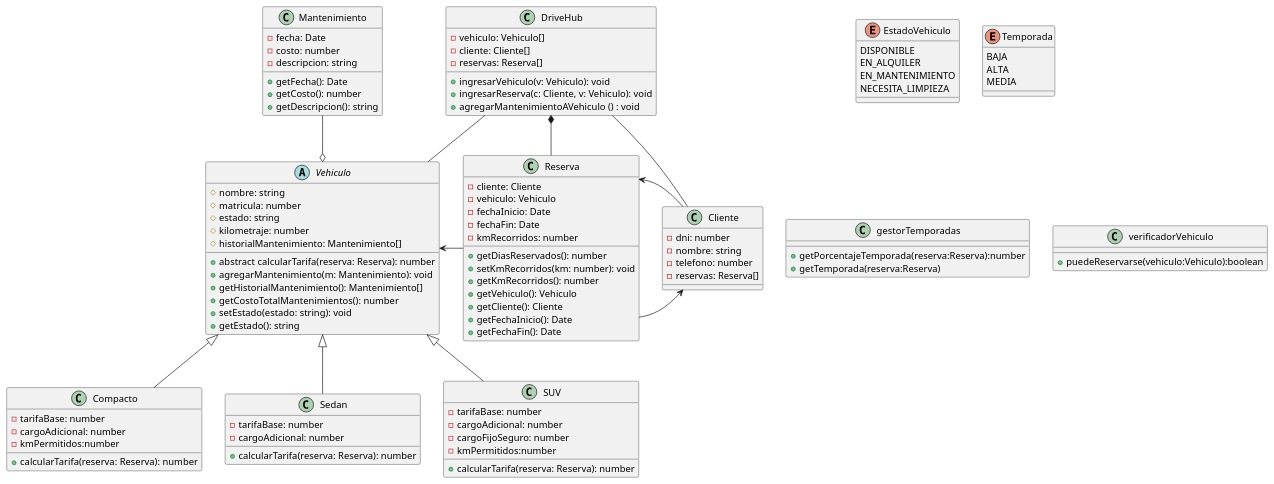
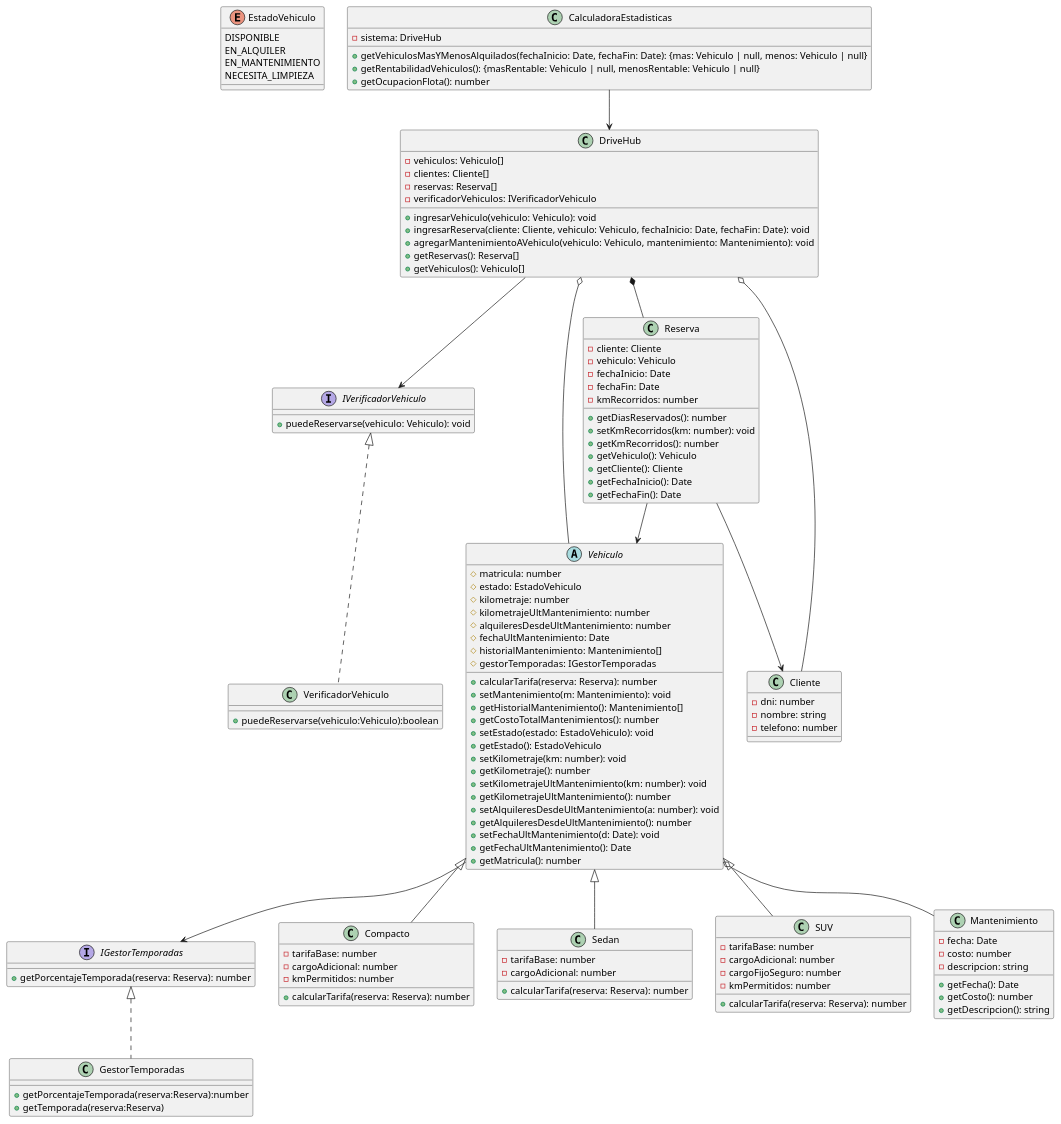
The diagram in diagramas/diagrama.puml (diegolacosta02/TP-Programacion-II), drawn with PlantUML before and after one commit. The commit also changed 1 other file, not shown here.

Commit message:
actualizo diagrama y calculadoraEstadisticas

```diff
--- a/diagramas/diagrama.puml
+++ b/diagramas/diagrama.puml
@@ -1,119 +1,143 @@
 @startuml Trabajo Practico Alquiler de Autos
 
 enum EstadoVehiculo {
     DISPONIBLE
     EN_ALQUILER
     EN_MANTENIMIENTO
     NECESITA_LIMPIEZA
 }
-enum Temporada {
-   BAJA
-   ALTA 
-   MEDIA 
+
+interface IGestorTemporadas {
+    + getPorcentajeTemporada(reserva: Reserva): number
 }
-class gestorTemporadas {
+
+interface IVerificadorVehiculo {
+    + puedeReservarse(vehiculo: Vehiculo): void
+}
+
+class GestorTemporadas {
     + getPorcentajeTemporada(reserva:Reserva):number
     + getTemporada(reserva:Reserva)
 }
 
-class verificadorVehiculo {
+class VerificadorVehiculo {
     + puedeReservarse(vehiculo:Vehiculo):boolean
-
 }
 
 class DriveHub {
-    - vehiculo: Vehiculo[]
-    - cliente: Cliente[]
+    - vehiculos: Vehiculo[]
+    - clientes: Cliente[]
     - reservas: Reserva[]
+    - verificadorVehiculos: IVerificadorVehiculo
 
-    + ingresarVehiculo(v: Vehiculo): void
-    + ingresarReserva(c: Cliente, v: Vehiculo): void
-    + agregarMantenimientoAVehiculo () : void
+    + ingresarVehiculo(vehiculo: Vehiculo): void
+    + ingresarReserva(cliente: Cliente, vehiculo: Vehiculo, fechaInicio: Date, fechaFin: Date): void
+    + agregarMantenimientoAVehiculo(vehiculo: Vehiculo, mantenimiento: Mantenimiento): void
+    + getReservas(): Reserva[]
+    + getVehiculos(): Vehiculo[]
+}
+
+class CalculadoraEstadisticas {
+    - sistema: DriveHub
+
+    + getVehiculosMasYMenosAlquilados(fechaInicio: Date, fechaFin: Date): {mas: Vehiculo | null, menos: Vehiculo | null}
+    + getRentabilidadVehiculos(): {masRentable: Vehiculo | null, menosRentable: Vehiculo | null}
+    + getOcupacionFlota(): number
 }
 
 abstract class Vehiculo {
-    # nombre: string
     # matricula: number
-    # estado: string
+    # estado: EstadoVehiculo
     # kilometraje: number
+    # kilometrajeUltMantenimiento: number
+    # alquileresDesdeUltMantenimiento: number
+    # fechaUltMantenimiento: Date
     # historialMantenimiento: Mantenimiento[]
+    # gestorTemporadas: IGestorTemporadas
 
-    + abstract calcularTarifa(reserva: Reserva): number
-    + agregarMantenimiento(m: Mantenimiento): void
+    + calcularTarifa(reserva: Reserva): number
+    + setMantenimiento(m: Mantenimiento): void
     + getHistorialMantenimiento(): Mantenimiento[]
     + getCostoTotalMantenimientos(): number
-    + setEstado(estado: string): void
-    + getEstado(): string
+    + setEstado(estado: EstadoVehiculo): void
+    + getEstado(): EstadoVehiculo
+    + setKilometraje(km: number): void
+    + getKilometraje(): number
+    + setKilometrajeUltMantenimiento(km: number): void
+    + getKilometrajeUltMantenimiento(): number
+    + setAlquileresDesdeUltMantenimiento(a: number): void
+    + getAlquileresDesdeUltMantenimiento(): number
+    + setFechaUltMantenimiento(d: Date): void
+    + getFechaUltMantenimiento(): Date
+    + getMatricula(): number
 }
 
-
-class Compacto  {
+class Compacto extends Vehiculo {
     - tarifaBase: number
     - cargoAdicional: number
-    - kmPermitidos:number
+    - kmPermitidos: number
     + calcularTarifa(reserva: Reserva): number
 }
 
-class Sedan  {
+class Sedan extends Vehiculo {
     - tarifaBase: number
     - cargoAdicional: number
     + calcularTarifa(reserva: Reserva): number
 }
 
-class SUV  {
+class SUV extends Vehiculo {
     - tarifaBase: number
     - cargoAdicional: number
     - cargoFijoSeguro: number
-    - kmPermitidos:number
+    - kmPermitidos: number
     + calcularTarifa(reserva: Reserva): number
 }
 
 class Cliente {
     - dni: number
     - nombre: string
     - telefono: number
-    - reservas: Reserva[]
-
 }
 
 class Reserva {
     - cliente: Cliente
     - vehiculo: Vehiculo
     - fechaInicio: Date
     - fechaFin: Date
     - kmRecorridos: number
 
     + getDiasReservados(): number
     + setKmRecorridos(km: number): void
     + getKmRecorridos(): number
     + getVehiculo(): Vehiculo
     + getCliente(): Cliente
     + getFechaInicio(): Date
     + getFechaFin(): Date
 }
 
 class Mantenimiento {
     - fecha: Date
     - costo: number
     - descripcion: string
 
     + getFecha(): Date
     + getCosto(): number
     + getDescripcion(): string
 }
-Vehiculo <|-- Compacto
-Vehiculo <|-- Sedan
-Vehiculo <|-- SUV
 
-DriveHub  --  Vehiculo
-DriveHub--  Cliente
-DriveHub  *--  Reserva
-Vehiculo  o-u-  Mantenimiento
+IGestorTemporadas <|.. GestorTemporadas
+IVerificadorVehiculo <|.. VerificadorVehiculo
 
-Reserva  -->  Cliente
-Reserva  -l->  Vehiculo
-Cliente  -r->  Reserva
+DriveHub --> IVerificadorVehiculo
+DriveHub *-- Reserva
+DriveHub o-- Vehiculo
+DriveHub o-- Cliente
 
+Reserva --> Vehiculo
+Reserva --> Cliente
+Vehiculo o-- Mantenimiento
+Vehiculo --> IGestorTemporadas
 
+CalculadoraEstadisticas --> DriveHub
 
 @enduml
```
